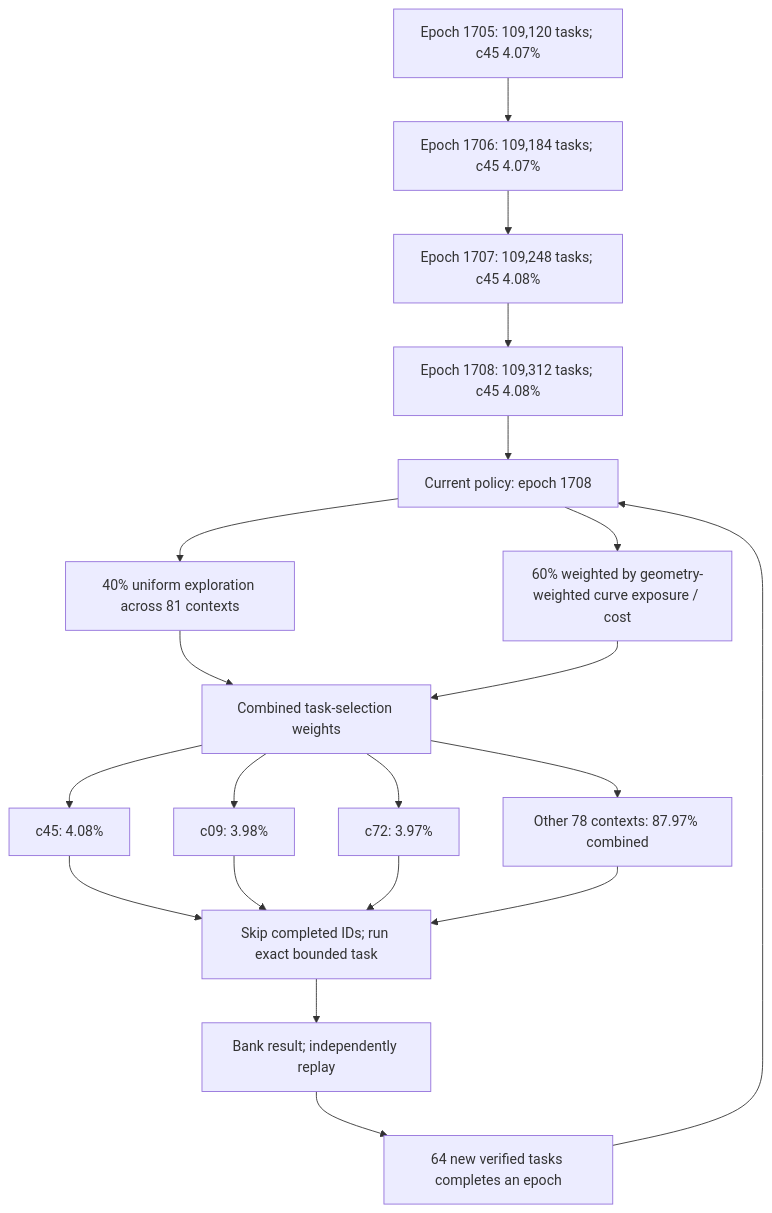
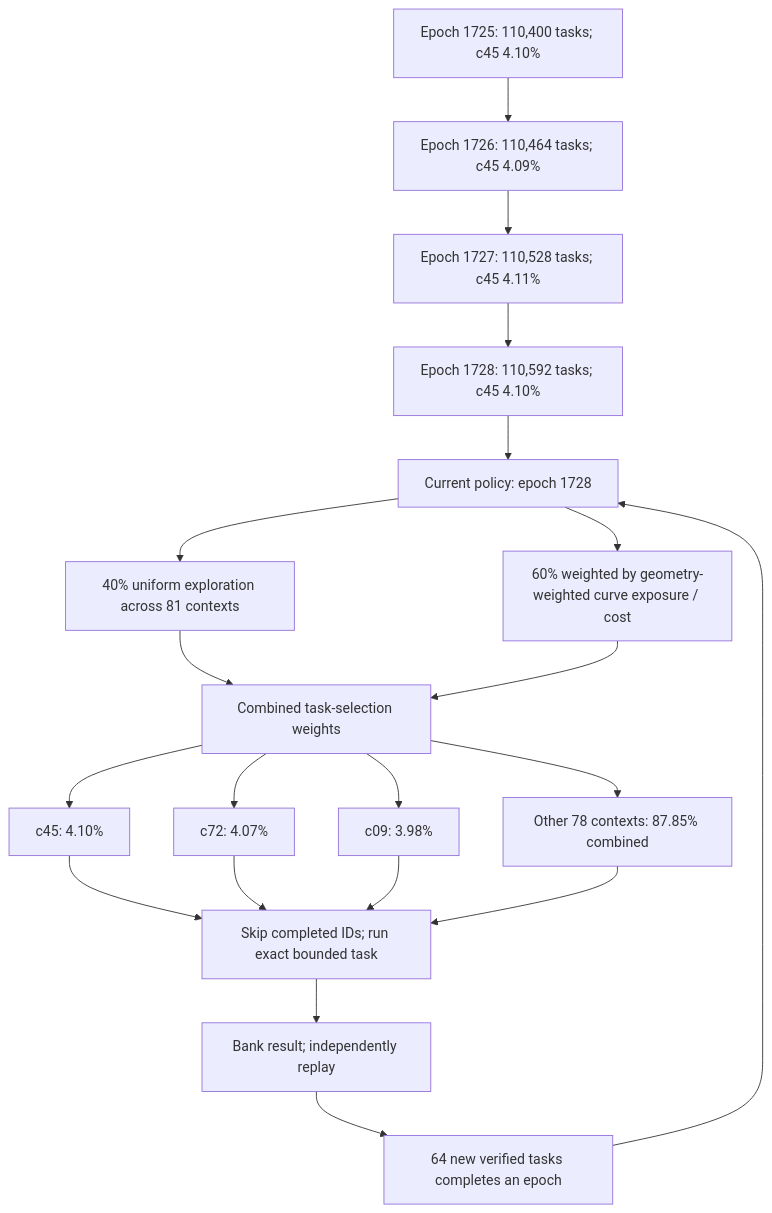
Before and after one commit to Kuberwastaken/math-gambling: the first of 3 diagrams in README.md, drawn with Mermaid. The commit also changed other lines of this file and 2633 other files, not shown here.

````diff
--- a/README.md
+++ b/README.md
@@ -56,27 +56,27 @@
 ```mermaid
 flowchart TD
-    H0["Epoch 1705: 109,120 tasks; c45 4.07%"]
-    H1["Epoch 1706: 109,184 tasks; c45 4.07%"]
+    H0["Epoch 1725: 110,400 tasks; c45 4.10%"]
+    H1["Epoch 1726: 110,464 tasks; c45 4.09%"]
     H0 --> H1
-    H2["Epoch 1707: 109,248 tasks; c45 4.08%"]
+    H2["Epoch 1727: 110,528 tasks; c45 4.11%"]
     H1 --> H2
-    H3["Epoch 1708: 109,312 tasks; c45 4.08%"]
+    H3["Epoch 1728: 110,592 tasks; c45 4.10%"]
     H2 --> H3
-    Policy["Current policy: epoch 1708"]
+    Policy["Current policy: epoch 1728"]
     H3 --> Policy
     Policy --> Explore["40% uniform exploration across 81 contexts"]
     Policy --> Cost["60% weighted by geometry-weighted curve exposure / cost"]
     Explore --> Mix["Combined task-selection weights"]
     Cost --> Mix
-    Mix --> C0["c45: 4.08%"]
-    Mix --> C1["c09: 3.98%"]
-    Mix --> C2["c72: 3.97%"]
-    Mix --> Rest["Other 78 contexts: 87.97% combined"]
+    Mix --> C0["c45: 4.10%"]
+    Mix --> C1["c72: 4.07%"]
+    Mix --> C2["c09: 3.98%"]
+    Mix --> Rest["Other 78 contexts: 87.85% combined"]
     C0 --> Check["Skip completed IDs; run exact bounded task"]
     C1 --> Check
     C2 --> Check
     Rest --> Check
     Check --> Replay["Bank result; independently replay"]
     Replay --> Gate["64 new verified tasks completes an epoch"]
     Gate --> Policy
 ```
````
